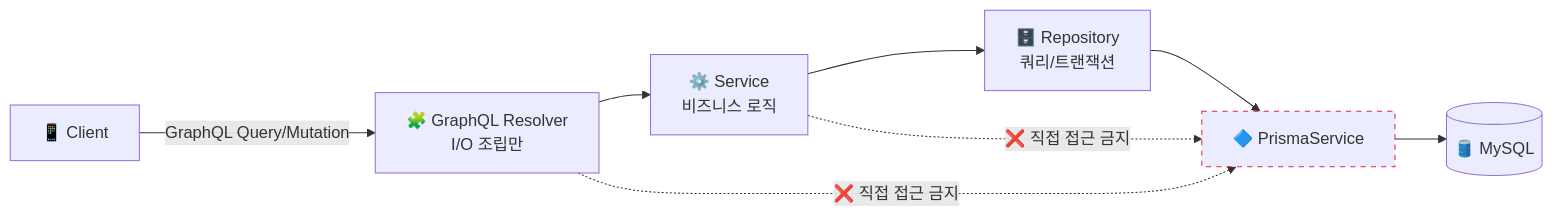
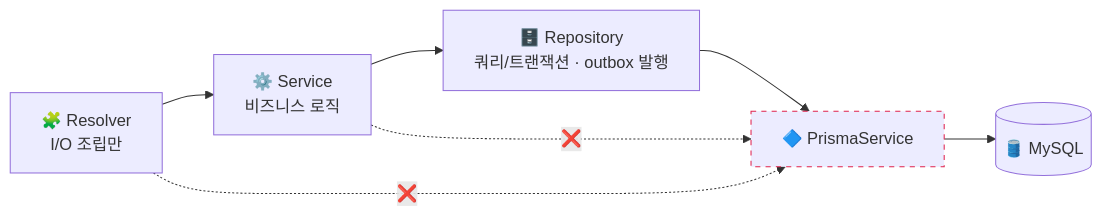
Before and after one commit to CaQuick/caquick-be: the second of 3 diagrams in README.md, drawn with Mermaid. The commit also changed other lines of this file and 4 other files, not shown here.

````diff
--- a/README.md
+++ b/README.md
@@ -137,19 +203,13 @@
 ```mermaid
 flowchart LR
-    Client[📱 Client]
-    Resolver[🧩 GraphQL Resolver<br/>I/O 조립만]
+    Resolver[🧩 Resolver<br/>I/O 조립만]
     Service[⚙️ Service<br/>비즈니스 로직]
-    Repo[🗄️ Repository<br/>쿼리/트랜잭션]
+    Repo[🗄️ Repository<br/>쿼리/트랜잭션 · outbox 발행]
     Prisma[🔷 PrismaService]
     DB[(🛢️ MySQL)]
 
-    Client -->|GraphQL Query/Mutation| Resolver
-    Resolver --> Service
-    Service --> Repo
-    Repo --> Prisma
-    Prisma --> DB
-
+    Resolver --> Service --> Repo --> Prisma --> DB
     classDef forbidden stroke:#E0234E,stroke-dasharray:5 5
-    Resolver -. "❌ 직접 접근 금지" .-> Prisma:::forbidden
-    Service -. "❌ 직접 접근 금지" .-> Prisma:::forbidden
+    Resolver -. "❌" .-> Prisma:::forbidden
+    Service -. "❌" .-> Prisma:::forbidden
 ```
````
